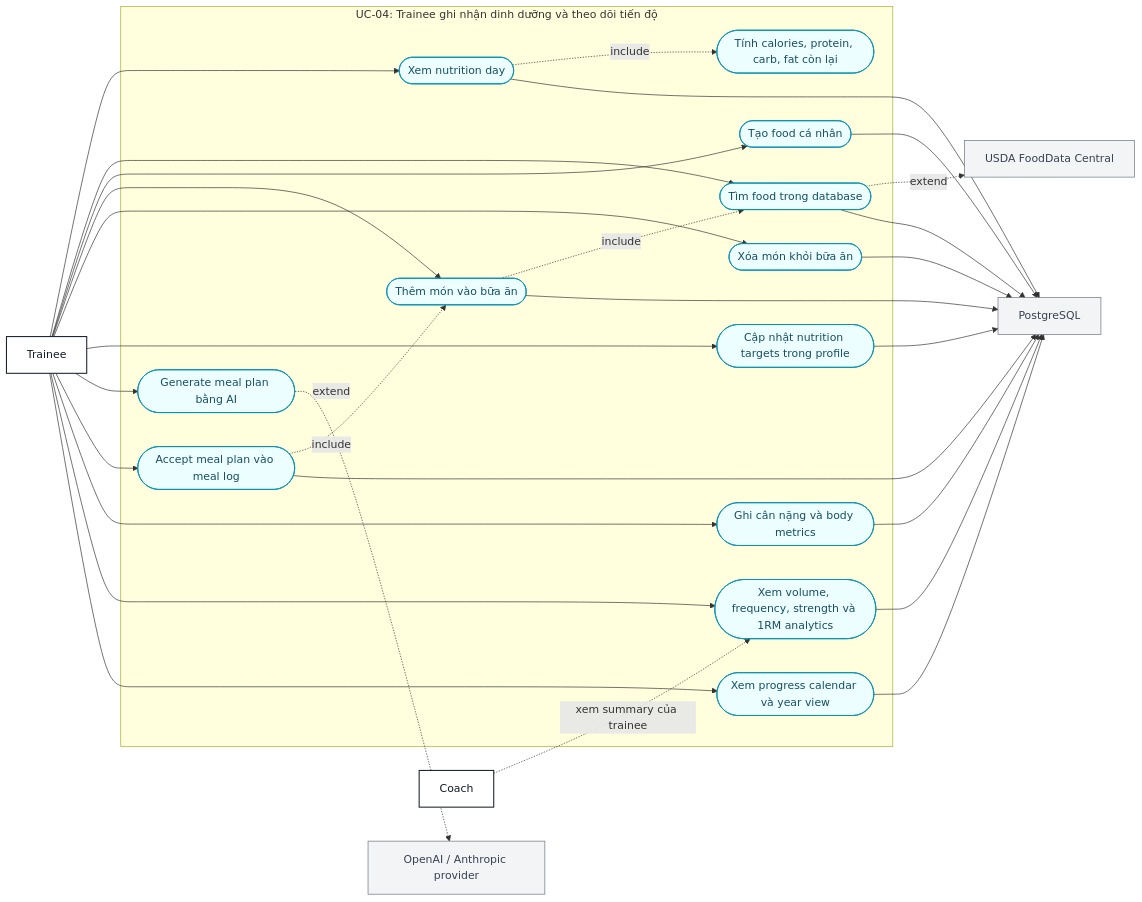
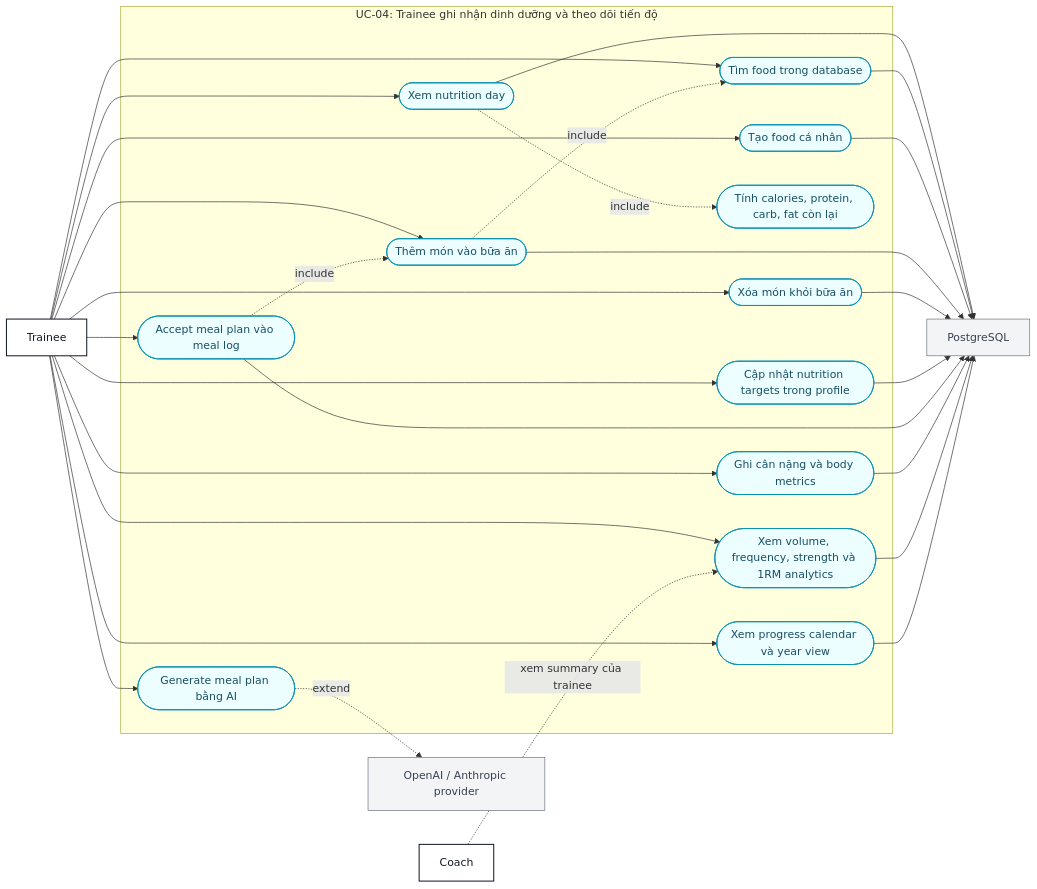
One commit to hominhduc-dev/fitness-tracking-webapp changed the fifth of 7 diagrams in docs/use-case-diagrams.md. Above: the diagram before and after it, drawn with Mermaid. The commit also changed 20 other files, not shown here.

````diff
--- a/docs/use-case-diagrams.md
+++ b/docs/use-case-diagrams.md
@@ -224,57 +224,55 @@
 ```mermaid
 flowchart LR
   Trainee["Trainee"]:::actor
   Coach["Coach"]:::actor
   DB["PostgreSQL"]:::external
-  USDA["USDA FoodData Central"]:::external
   AIProvider["OpenAI / Anthropic provider"]:::external
 
   subgraph UC04["UC-04: Trainee ghi nhận dinh dưỡng và theo dõi tiến độ"]
     ViewNutritionDay([Xem nutrition day]):::usecase
     SearchFoods([Tìm food trong database]):::usecase
     CreateFood([Tạo food cá nhân]):::usecase
     AddMealItem([Thêm món vào bữa ăn]):::usecase
     DeleteMealItem([Xóa món khỏi bữa ăn]):::usecase
     CalculateMacros([Tính calories, protein, carb, fat còn lại]):::usecase
     UpdateNutritionTargets([Cập nhật nutrition targets trong profile]):::usecase
     GenerateMealPlan([Generate meal plan bằng AI]):::usecase
     AcceptMealPlan([Accept meal plan vào meal log]):::usecase
     TrackWeight([Ghi cân nặng và body metrics]):::usecase
     ViewProgressAnalytics([Xem volume, frequency, strength và 1RM analytics]):::usecase
     ViewCalendar([Xem progress calendar và year view]):::usecase
   end
 
   Trainee --> ViewNutritionDay
   Trainee --> SearchFoods
   Trainee --> CreateFood
   Trainee --> AddMealItem
   Trainee --> DeleteMealItem
   Trainee --> UpdateNutritionTargets
   Trainee --> GenerateMealPlan
   Trainee --> AcceptMealPlan
   Trainee --> TrackWeight
   Trainee --> ViewProgressAnalytics
   Trainee --> ViewCalendar
   Coach -. xem summary của trainee .-> ViewProgressAnalytics
 
   ViewNutritionDay -. include .-> CalculateMacros
   AddMealItem -. include .-> SearchFoods
-  SearchFoods -. extend .-> USDA
   GenerateMealPlan -. extend .-> AIProvider
   AcceptMealPlan -. include .-> AddMealItem
 
   ViewNutritionDay --> DB
   SearchFoods --> DB
   CreateFood --> DB
   AddMealItem --> DB
   DeleteMealItem --> DB
   UpdateNutritionTargets --> DB
   AcceptMealPlan --> DB
   TrackWeight --> DB
   ViewProgressAnalytics --> DB
   ViewCalendar --> DB
 
   classDef actor fill:#ffffff,stroke:#111827,stroke-width:1.5px,color:#111827;
   classDef usecase fill:#ecfeff,stroke:#0891b2,stroke-width:1.2px,color:#164e63;
   classDef external fill:#f3f4f6,stroke:#6b7280,stroke-width:1px,color:#374151;
 ```
````
